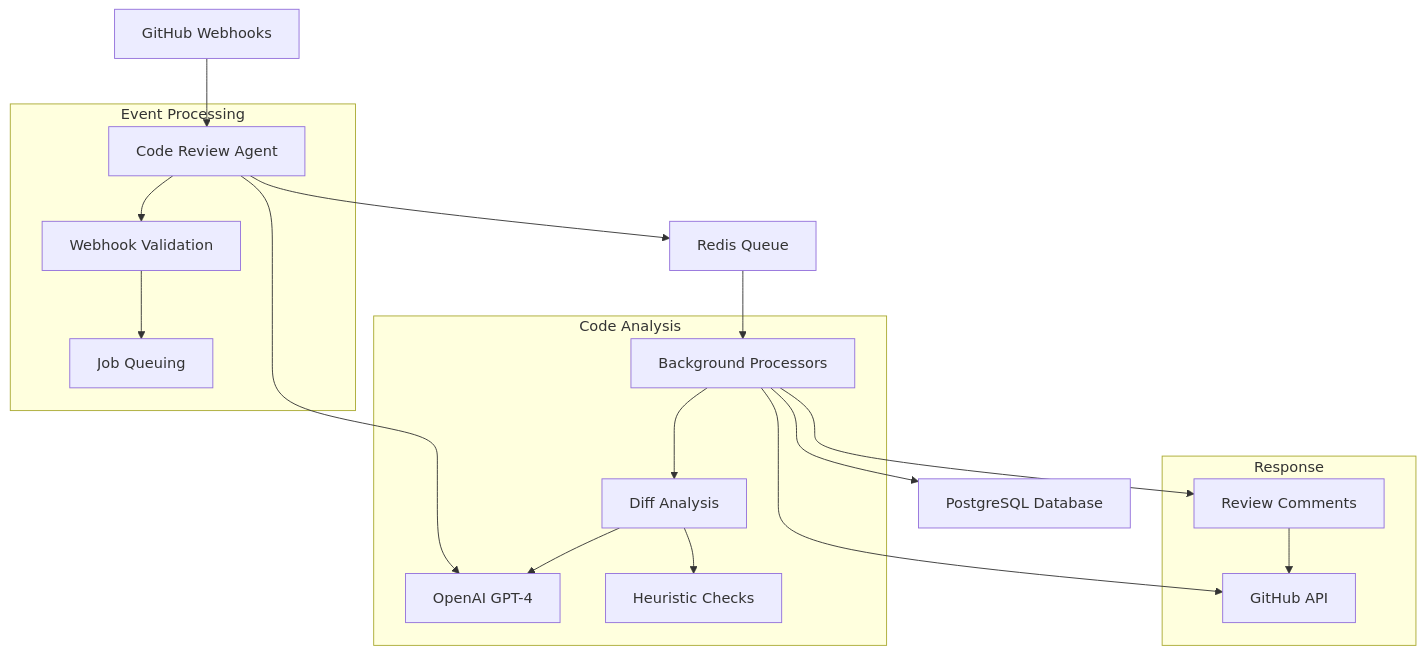
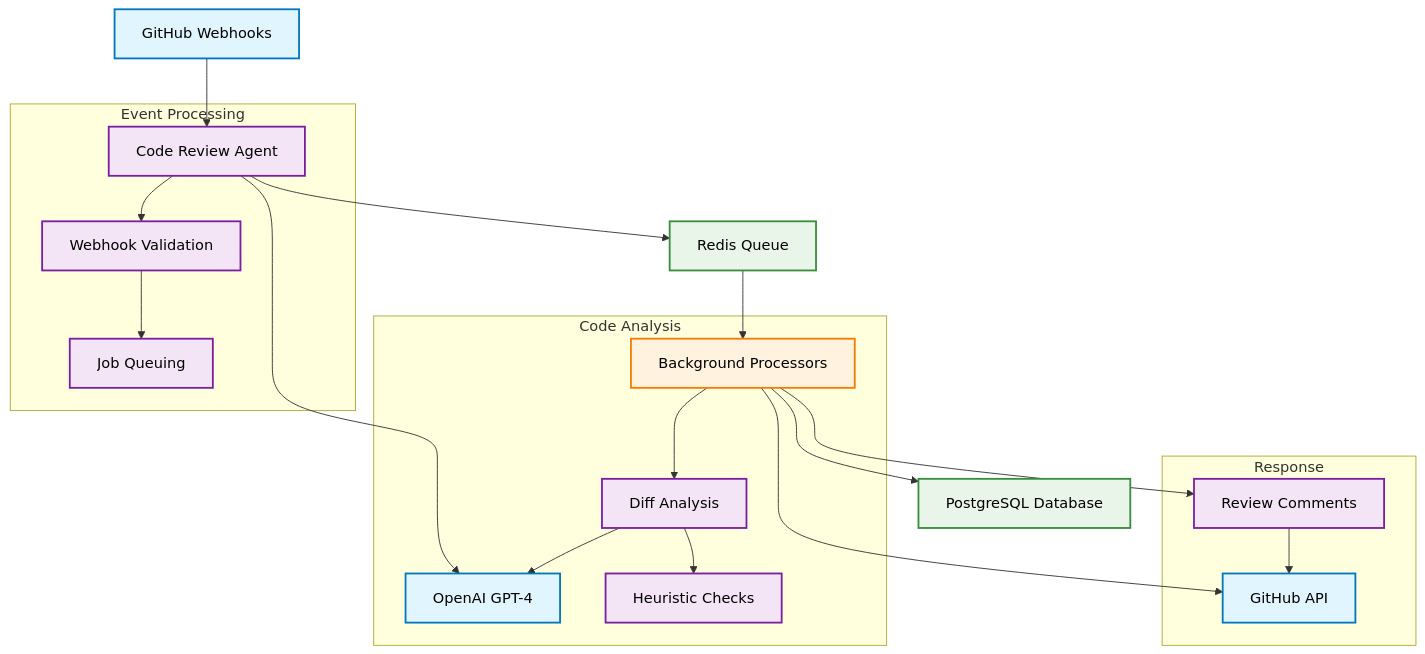
One commit to sylvester-francis/Lintelligence changed the diagram in README.md. Above: the diagram before and after it, drawn with Mermaid.

Commit message:
Readme update

````diff
--- a/README.md
+++ b/README.md
@@ -17,25 +17,35 @@
 ```mermaid
-graph TD
+flowchart TD
     A[GitHub Webhooks] --> B[Code Review Agent]
     B --> C[OpenAI GPT-4]
     B --> D[Redis Queue]
     D --> E[Background Processors]
     E --> F[PostgreSQL Database]
     E --> G[GitHub API]
 
-    subgraph "Event Processing"
+    subgraph EP ["Event Processing"]
         B --> H[Webhook Validation]
         H --> I[Job Queuing]
     end
 
-    subgraph "Code Analysis"
+    subgraph CA ["Code Analysis"]
         E --> J[Diff Analysis]
         J --> C
         J --> K[Heuristic Checks]
     end
 
-    subgraph "Response"
+    subgraph R ["Response"]
         E --> L[Review Comments]
         L --> G
     end
+
+    classDef external fill:#e1f5fe,stroke:#0277bd,stroke-width:2px,color:#000
+    classDef internal fill:#f3e5f5,stroke:#7b1fa2,stroke-width:2px,color:#000
+    classDef storage fill:#e8f5e8,stroke:#388e3c,stroke-width:2px,color:#000
+    classDef process fill:#fff3e0,stroke:#f57c00,stroke-width:2px,color:#000
+
+    class A,C,G external
+    class B,H,I,J,K,L internal
+    class D,F storage
+    class E process
 ```
````
